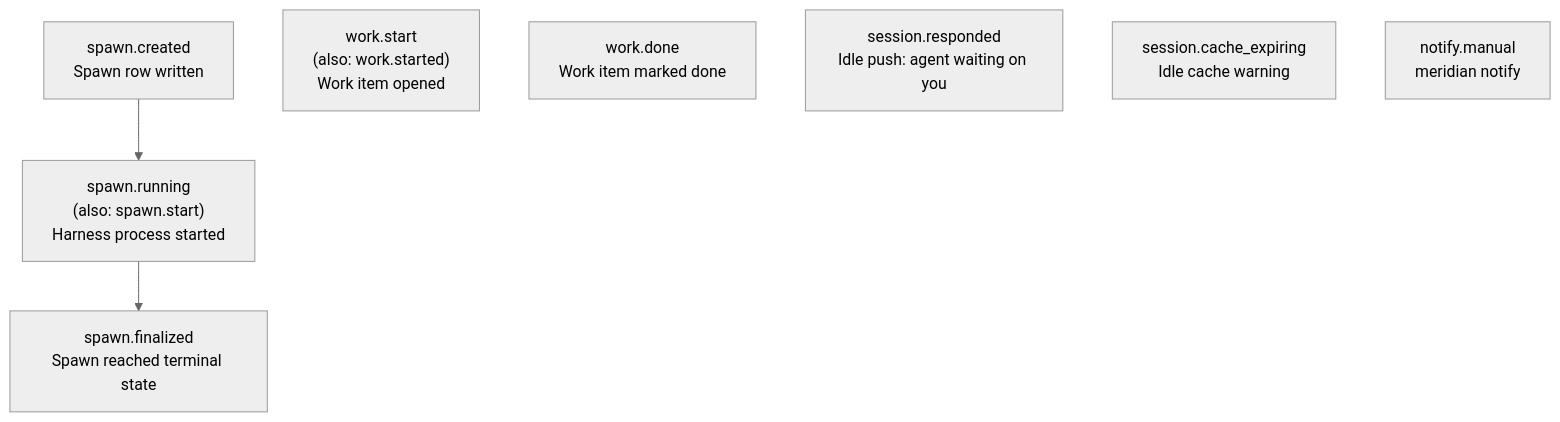
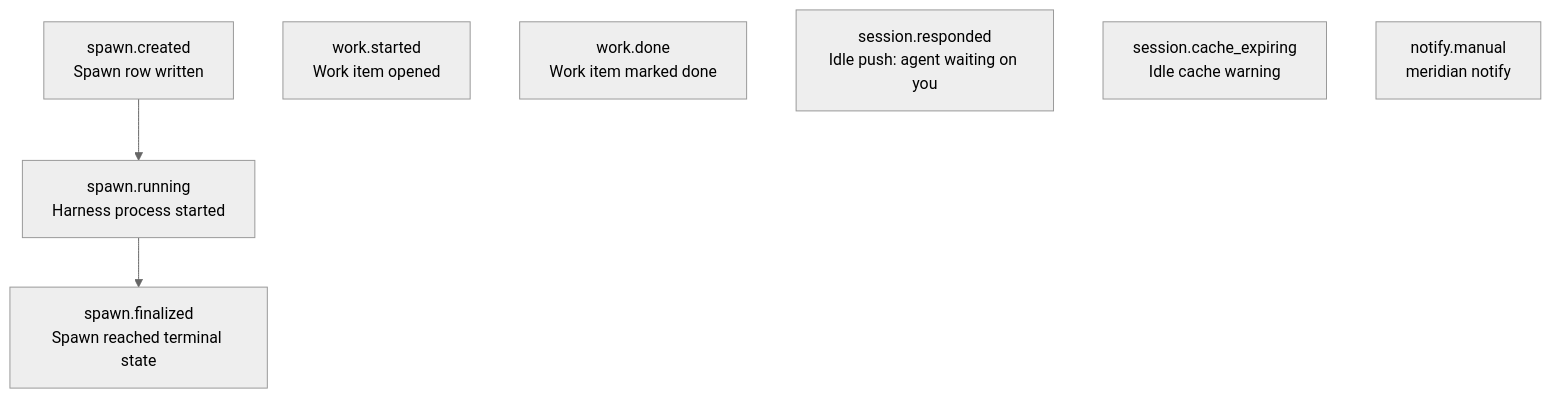
The diagram in kb/concepts/hooks-and-plugins.md (haowjy/meridian-cli-kb), drawn with Mermaid (neutral theme) before and after one commit. The commit also changed other lines of this file and 10 other files, not shown here.

````diff
--- a/kb/concepts/hooks-and-plugins.md
+++ b/kb/concepts/hooks-and-plugins.md
@@ -35,12 +35,12 @@
 ```mermaid
 graph TD
-    SPAWN_CREATED["spawn.created\nSpawn row written"] --> SPAWN_RUNNING["spawn.running\n(also: spawn.start)\nHarness process started"]
+    SPAWN_CREATED["spawn.created\nSpawn row written"] --> SPAWN_RUNNING["spawn.running\nHarness process started"]
     SPAWN_RUNNING --> SPAWN_FINALIZED["spawn.finalized\nSpawn reached terminal state"]
 
-    WORK_START["work.start\n(also: work.started)\nWork item opened"]
+    WORK_START["work.started\nWork item opened"]
     WORK_DONE["work.done\nWork item marked done"]
 
     RESPONDED["session.responded\nIdle push: agent waiting on you"]
     CACHE["session.cache_expiring\nIdle cache warning"]
     MANUAL["notify.manual\nmeridian notify"]
 ```
````
